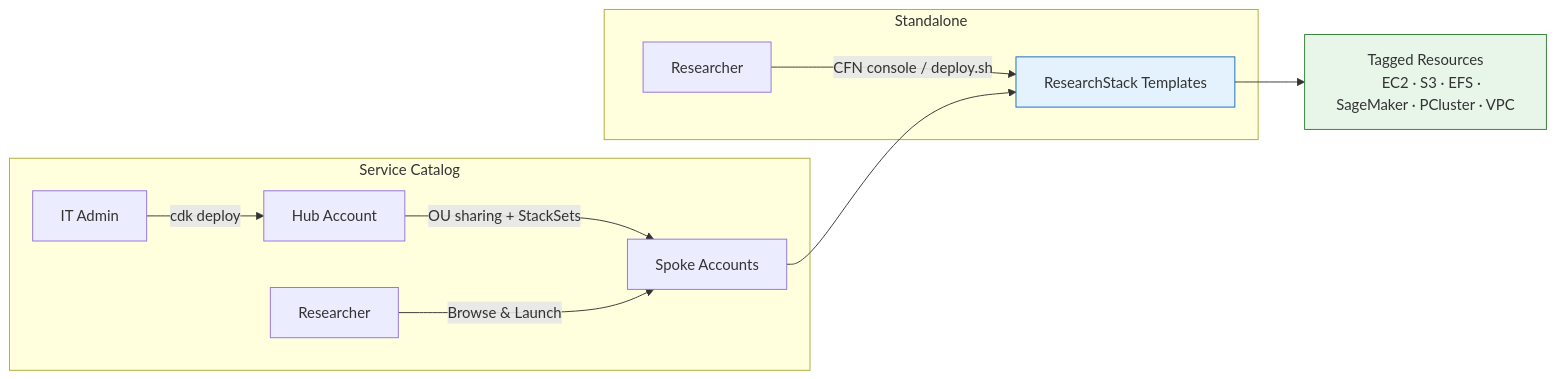
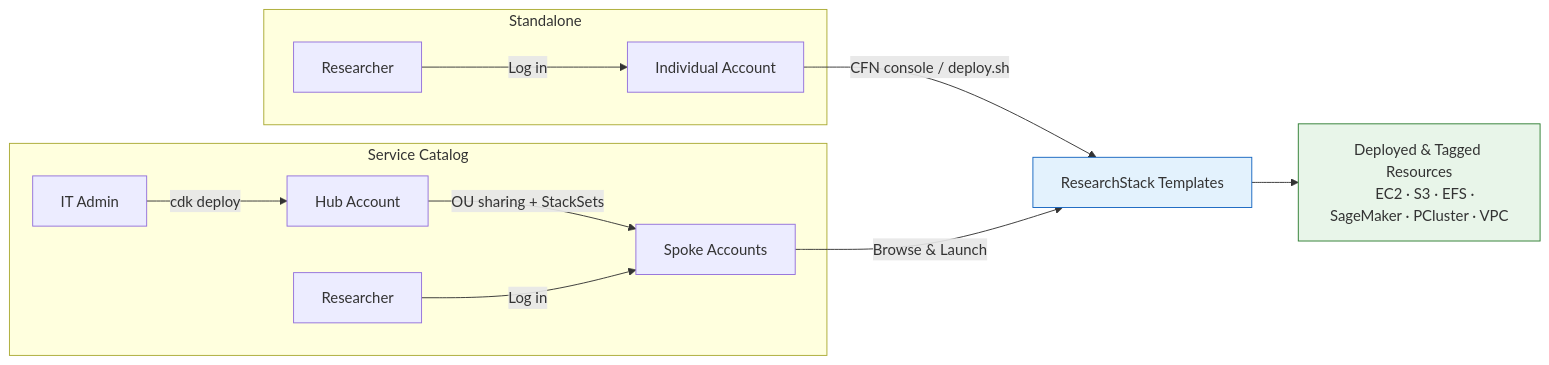
Before and after one commit to awslabs/researchstack-on-aws: the diagram in README.md, drawn with Mermaid.

Commit message:
docs: improve architecture diagram — show researcher login flow, pull templates outside subgraphs

````diff
--- a/README.md
+++ b/README.md
@@ -94,19 +94,20 @@
 ```mermaid
 graph LR
     subgraph Standalone
-        A[Researcher] -->|"CFN console / deploy.sh"| T
+        R1[Researcher] -->|Log in| Acct[Individual Account]
     end
 
     subgraph "Service Catalog"
-        B[IT Admin] -->|"cdk deploy"| Hub[Hub Account]
+        Admin[IT Admin] -->|"cdk deploy"| Hub[Hub Account]
         Hub -->|"OU sharing + StackSets"| Spoke[Spoke Accounts]
-        C[Researcher] -->|"Browse & Launch"| Spoke
-        Spoke --> T
+        R2[Researcher] -->|Log in| Spoke
     end
 
-    T[ResearchStack Templates] --> R["Tagged Resources
+    Acct -->|"CFN console / deploy.sh"| T[ResearchStack Templates]
+    Spoke -->|"Browse & Launch"| T
+    T --> R["Deployed & Tagged Resources
     EC2 · S3 · EFS · SageMaker · PCluster · VPC"]
 
     style T fill:#e3f2fd,stroke:#1565c0
     style R fill:#e8f5e9,stroke:#2e7d32
 ```
````
